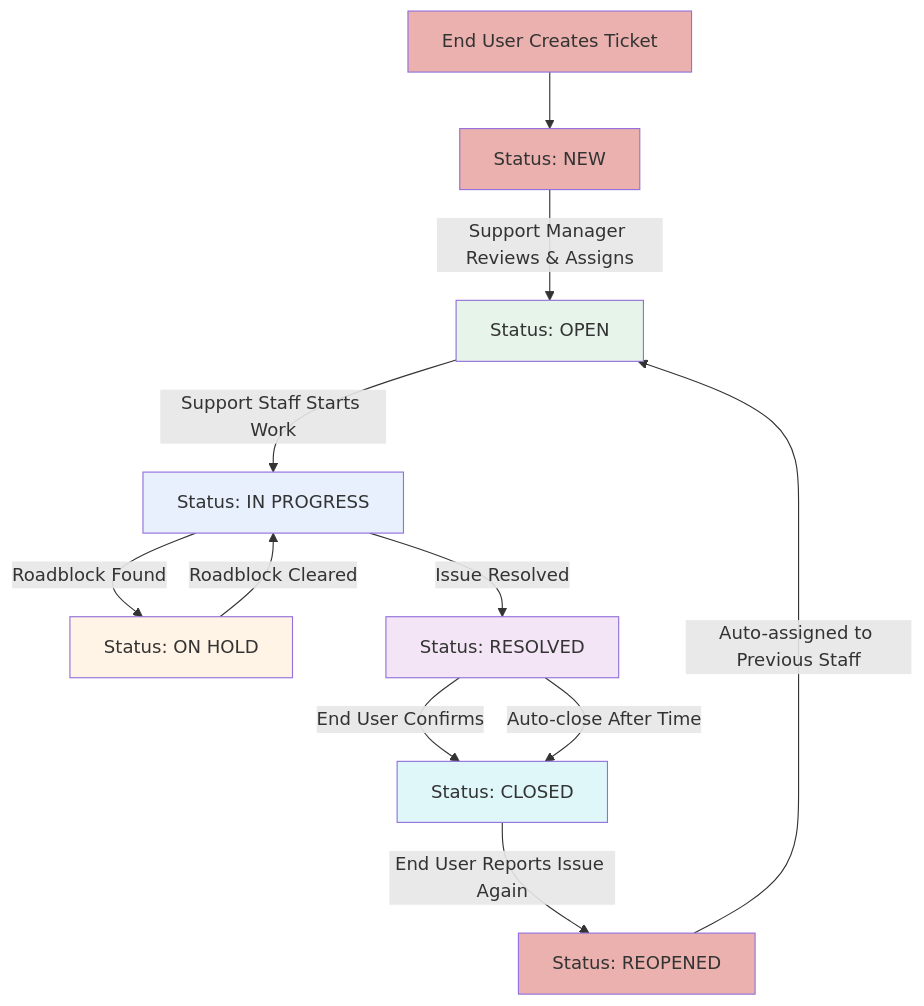
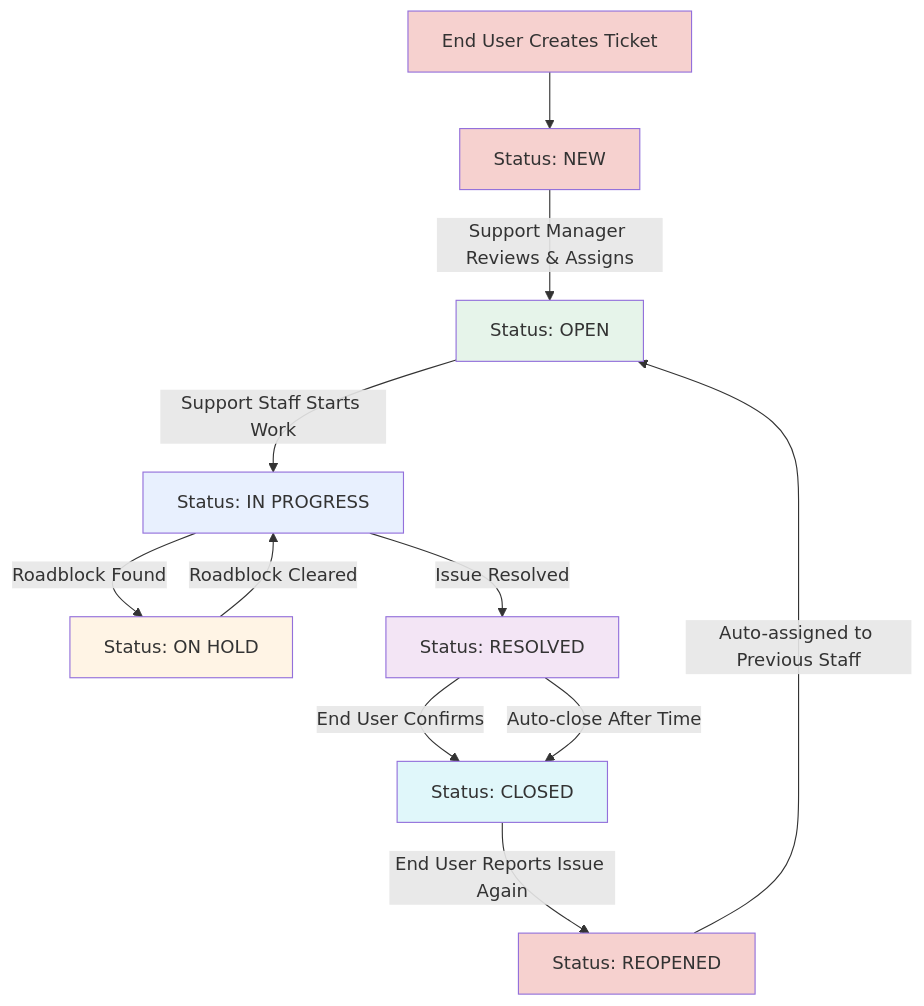
The seventh of 7 diagrams in NTG-Ticket-User Guide.md (salmanb74-dev/ntg-ticket), drawn with Mermaid before and after one commit. The commit also changed other lines of this file, not shown here.

````diff
--- a/NTG-Ticket-User Guide.md
+++ b/NTG-Ticket-User Guide.md
@@ -298,29 +298,29 @@
 ```mermaid
 flowchart TD
     Start[End User Creates Ticket] --> New[Status: NEW]
     
     New -->|Support Manager Reviews & Assigns| Open[Status: OPEN]
     
     Open -->|Support Staff Starts Work| InProgress[Status: IN PROGRESS]
     
     InProgress -->|Roadblock Found| OnHold[Status: ON HOLD]
     InProgress -->|Issue Resolved| Resolved[Status: RESOLVED]
     
     OnHold -->|Roadblock Cleared| InProgress
     
     Resolved -->|End User Confirms| Closed[Status: CLOSED]
     Resolved -->|Auto-close After Time| Closed
     
     Closed -->|End User Reports Issue Again| Reopened[Status: REOPENED]
     
     Reopened -->|Auto-assigned to Previous Staff| Open
     
-    style Start fill:#EAB1AE
-    style New fill:#EAB1AE
+    style Start fill:#F6D1CF
+    style New fill:#F6D1CF
     style Open fill:#E6F4EA
     style InProgress fill:#E8F0FE
     style OnHold fill:#FFF4E5
     style Resolved fill:#F3E5F5
     style Closed fill:#E0F7FA
-    style Reopened fill:#EAB1AE
+    style Reopened fill:#F6D1CF
 ```
````
